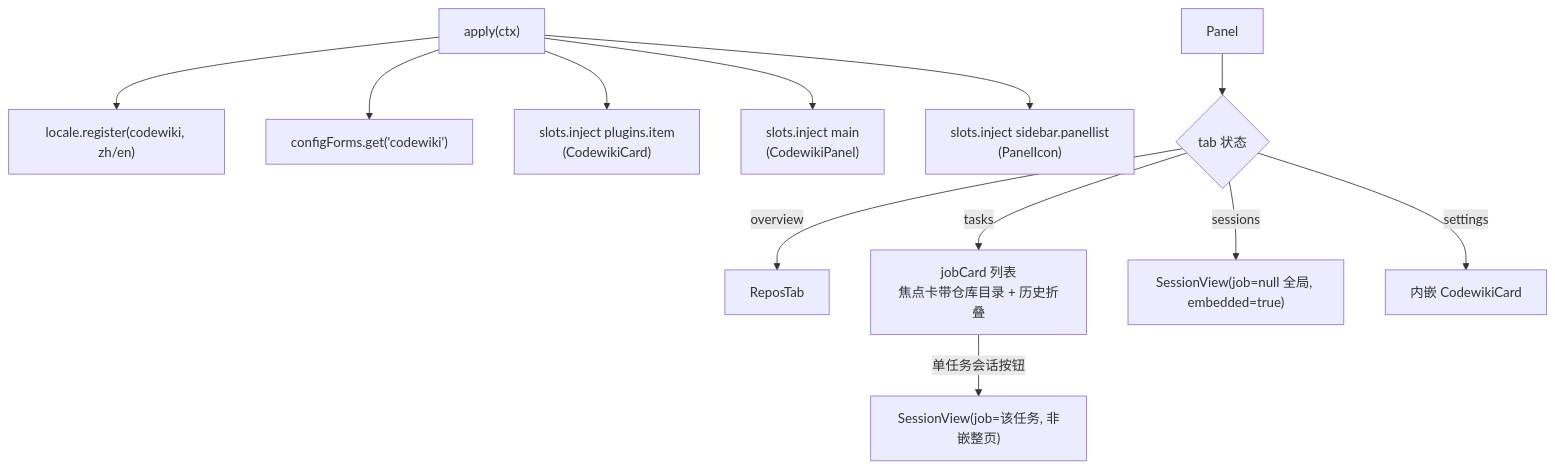
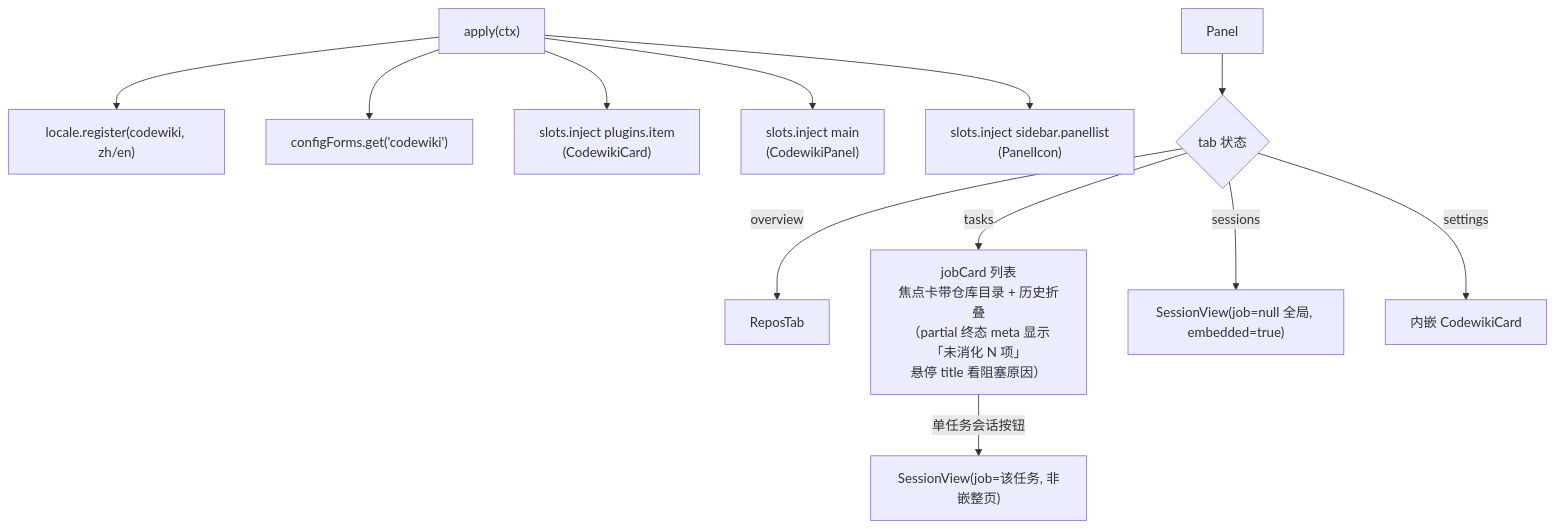
One commit to ikliml666/dsh-codewiki changed the second of 5 diagrams in .codewiki/_native-state/docs/client_ui.md. Above: the diagram before and after it, drawn with Mermaid. The commit also changed other lines of this file and 28 other files, not shown here.

````diff
--- a/.codewiki/_native-state/docs/client_ui.md
+++ b/.codewiki/_native-state/docs/client_ui.md
@@ -64,14 +64,14 @@
 ```mermaid
 flowchart TD
     Apply["apply(ctx)"] --> Dict["locale.register(codewiki, zh/en)"]
     Apply --> Form["configForms.get('codewiki')"]
     Apply --> M1["slots.inject plugins.item<br/>(CodewikiCard)"]
     Apply --> M2["slots.inject main<br/>(CodewikiPanel)"]
     Apply --> M3["slots.inject sidebar.panellist<br/>(PanelIcon)"]
     Panel --> Tabs{"tab 状态"}
     Tabs -->|overview| ReposTab
-    Tabs -->|tasks| JobList["jobCard 列表<br/>焦点卡带仓库目录 + 历史折叠"]
+    Tabs -->|tasks| JobList["jobCard 列表<br/>焦点卡带仓库目录 + 历史折叠<br/>（partial 终态 meta 显示「未消化 N 项」<br/>悬停 title 看阻塞原因）"]
     Tabs -->|sessions| SessionViewG["SessionView(job=null 全局, embedded=true)"]
     Tabs -->|settings| Card2["内嵌 CodewikiCard"]
     JobList -- "单任务会话按钮" --> SessionViewJ["SessionView(job=该任务, 非嵌整页)"]
 ```
````
